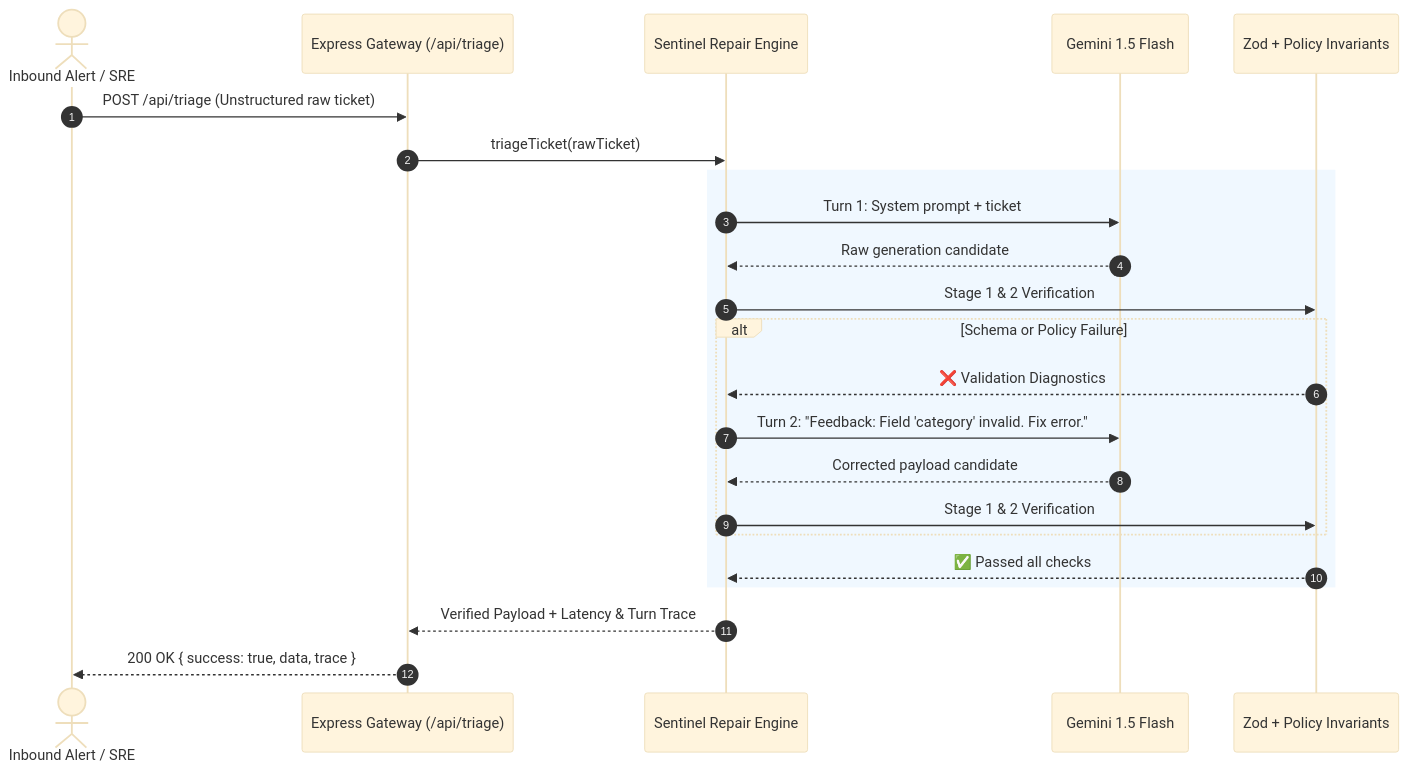
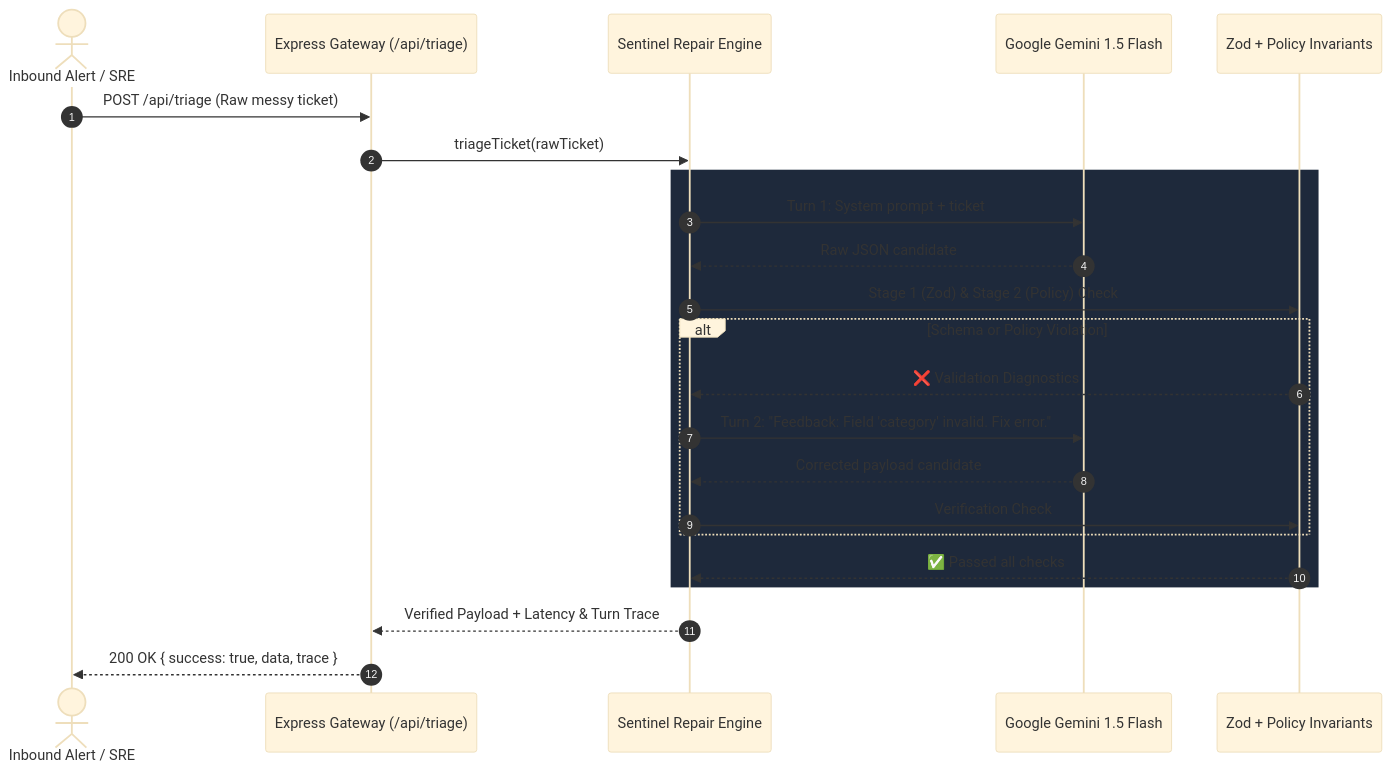
One commit to Tanay8778/sentinel-gate changed the diagram in README.md. Above: the diagram before and after it, drawn with Mermaid (base theme). The commit also changed other lines of this file, not shown here.

Commit message:
docs: update README with architecture and design trade-offs

````diff
--- a/README.md
+++ b/README.md
@@ -45,28 +30,28 @@
 ```mermaid
 sequenceDiagram
     autonumber
     actor Client as Inbound Alert / SRE
     participant Gateway as Express Gateway (/api/triage)
     participant Engine as Sentinel Repair Engine
-    participant LLM as Gemini 1.5 Flash
+    participant LLM as Google Gemini 1.5 Flash
     participant Validator as Zod + Policy Invariants
 
-    Client->>Gateway: POST /api/triage (Unstructured raw ticket)
+    Client->>Gateway: POST /api/triage (Raw messy ticket)
     Gateway->>Engine: triageTicket(rawTicket)
     
-    rect rgb(240, 248, 255)
+    rect rgb(30, 41, 59)
         Engine->>LLM: Turn 1: System prompt + ticket
-        LLM-->>Engine: Raw generation candidate
-        Engine->>Validator: Stage 1 & 2 Verification
-        alt Schema or Policy Failure
+        LLM-->>Engine: Raw JSON candidate
+        Engine->>Validator: Stage 1 (Zod) & Stage 2 (Policy) Check
+        alt Schema or Policy Violation
             Validator-->>Engine: ❌ Validation Diagnostics
             Engine->>LLM: Turn 2: "Feedback: Field 'category' invalid. Fix error."
             LLM-->>Engine: Corrected payload candidate
-            Engine->>Validator: Stage 1 & 2 Verification
+            Engine->>Validator: Verification Check
         end
         Validator-->>Engine: ✅ Passed all checks
     end
 
     Engine-->>Gateway: Verified Payload + Latency & Turn Trace
     Gateway-->>Client: 200 OK { success: true, data, trace }
 ```
````
